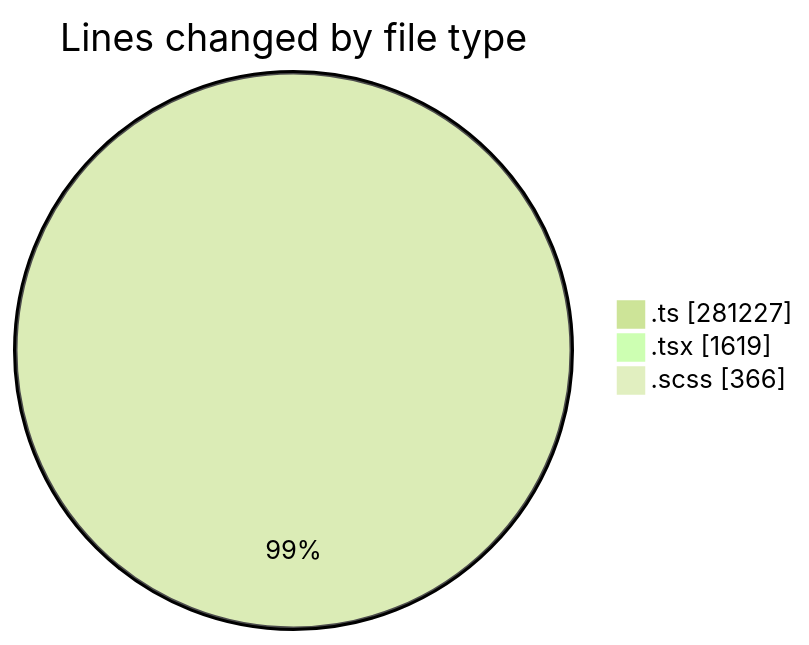
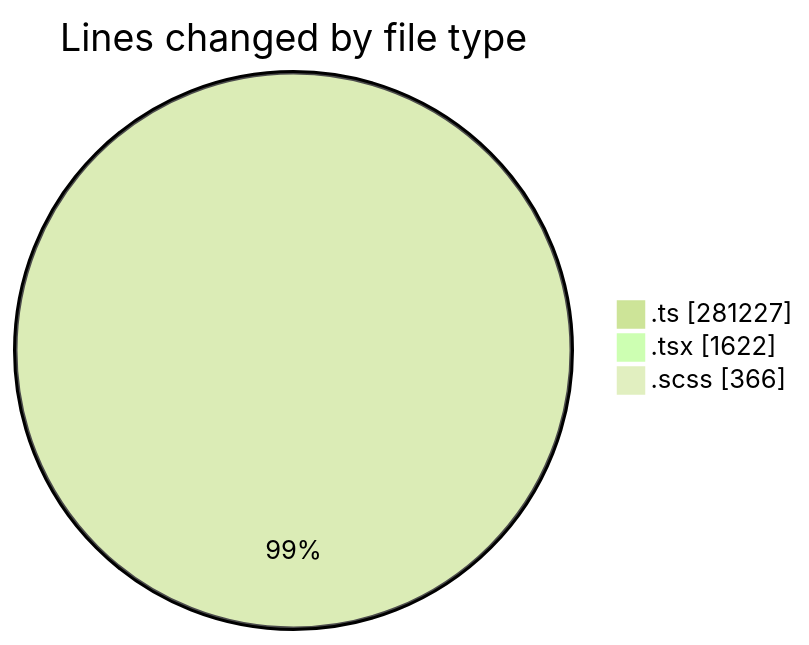
Before and after one commit to momahboobian/code-tracking: the first of 2 diagrams in 2025-08-22/cda/README.md, drawn with Mermaid (forest theme). The commit also changed other lines of this file and 1 other file, not shown here.

````diff
--- a/2025-08-22/cda/README.md
+++ b/2025-08-22/cda/README.md
@@ -40,7 +40,7 @@
 ```mermaid
 pie showData
 title Lines changed by file type
 ".ts" : 281227
-".tsx" : 1619
+".tsx" : 1622
 ".scss" : 366
 ```
````
